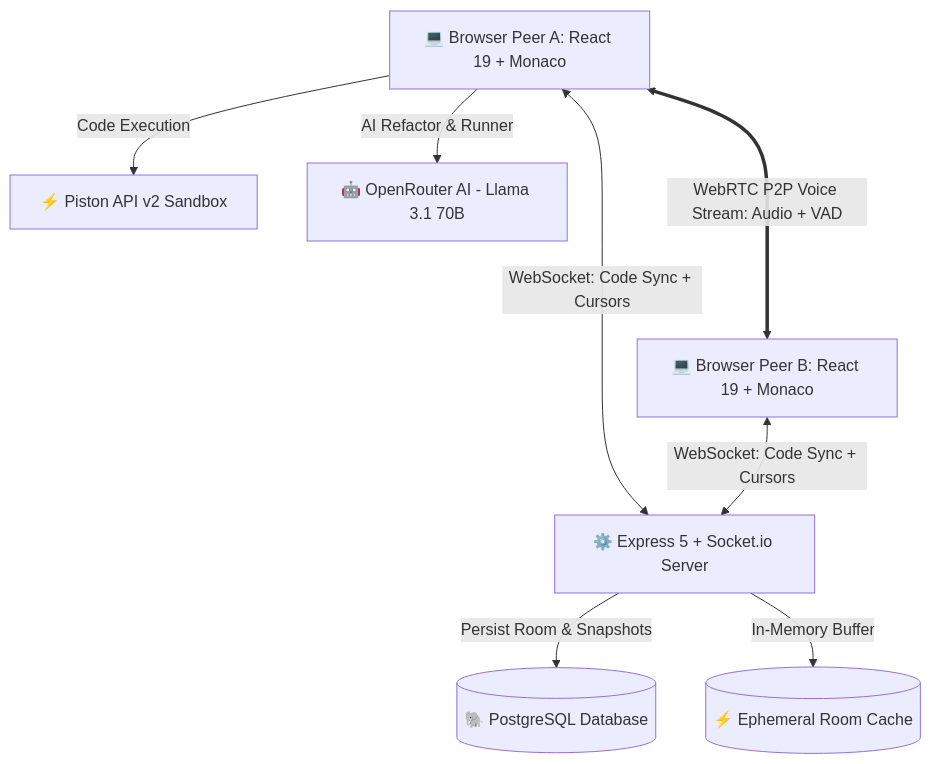
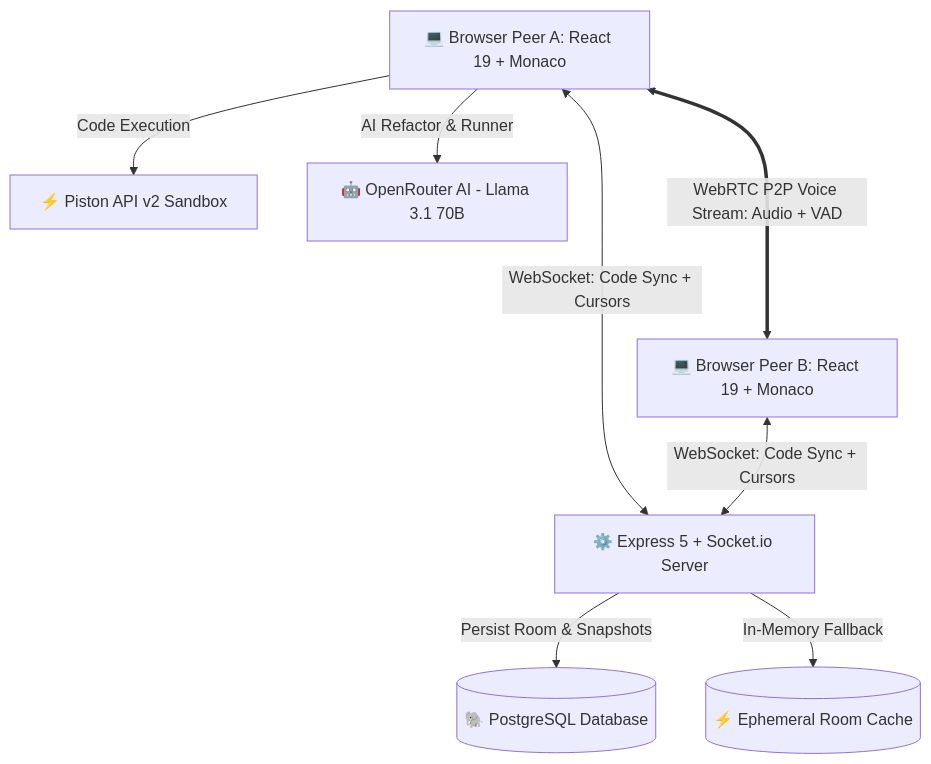
One commit to Tharun4743/GOAT-CE changed the first of 2 diagrams in README.md. Above: the diagram before and after it, drawn with Mermaid. The commit also changed other lines of this file, not shown here.

````diff
--- a/README.md
+++ b/README.md
@@ -55,12 +84,12 @@
 ```mermaid
 graph TD
     ClientA[💻 Browser Peer A: React 19 + Monaco] <-->|WebSocket: Code Sync + Cursors| Server[⚙️ Express 5 + Socket.io Server]
     ClientB[💻 Browser Peer B: React 19 + Monaco] <-->|WebSocket: Code Sync + Cursors| Server
     ClientA <===>|WebRTC P2P Voice Stream: Audio + VAD| ClientB
 
     Server -->|Persist Room & Snapshots| DB[(🐘 PostgreSQL Database)]
-    Server -->|In-Memory Buffer| Cache[(⚡ Ephemeral Room Cache)]
+    Server -->|In-Memory Fallback| Cache[(⚡ Ephemeral Room Cache)]
     
     ClientA -->|Code Execution| Piston[⚡ Piston API v2 Sandbox]
     ClientA -->|AI Refactor & Runner| OpenRouter[🤖 OpenRouter AI - Llama 3.1 70B]
 ```
````
